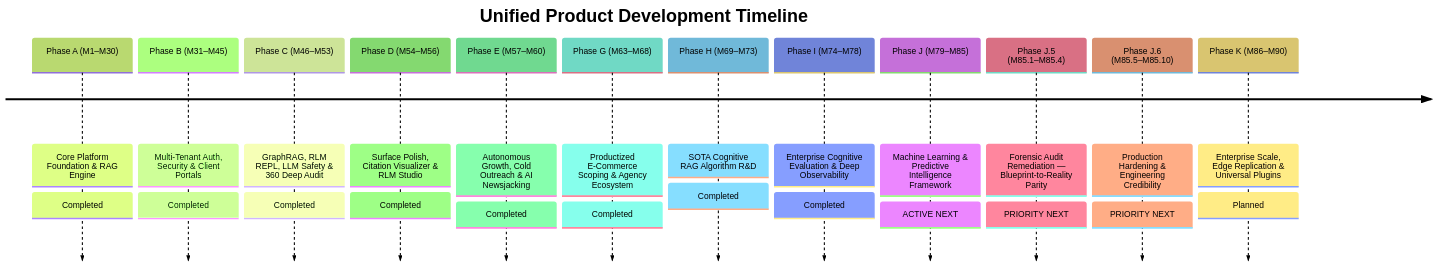
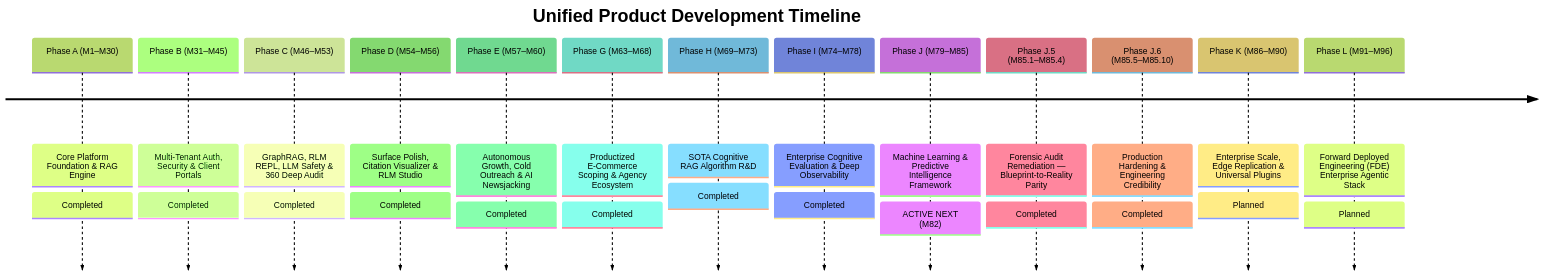
Before and after one commit to prat3010/Prateek_website: the diagram in docs/UNIFIED_MASTER_ROADMAP.md, drawn with Mermaid (forest theme). The commit also changed other lines of this file and 19 other files, not shown here.

Commit message:
feat(rag): eliminate mocks, sync consensus/rlm contracts & update architecture graph

````diff
--- a/docs/UNIFIED_MASTER_ROADMAP.md
+++ b/docs/UNIFIED_MASTER_ROADMAP.md
@@ -45,16 +45,17 @@
 ```mermaid
 timeline
     title Unified Product Development Timeline
     Phase A (M1–M30) : Core Platform Foundation & RAG Engine : Completed
     Phase B (M31–M45) : Multi-Tenant Auth, Security & Client Portals : Completed
     Phase C (M46–M53) : GraphRAG, RLM REPL, LLM Safety & 360 Deep Audit : Completed
     Phase D (M54–M56) : Surface Polish, Citation Visualizer & RLM Studio : Completed
     Phase E (M57–M60) : Autonomous Growth, Cold Outreach & AI Newsjacking : Completed
     Phase G (M63–M68) : Productized E-Commerce Scoping & Agency Ecosystem : Completed
     Phase H (M69–M73) : SOTA Cognitive RAG Algorithm R&D : Completed
     Phase I (M74–M78) : Enterprise Cognitive Evaluation & Deep Observability : Completed
-    Phase J (M79–M85) : Machine Learning & Predictive Intelligence Framework : ACTIVE NEXT
-    Phase J.5 (M85.1–M85.4) : Forensic Audit Remediation — Blueprint-to-Reality Parity : PRIORITY NEXT
-    Phase J.6 (M85.5–M85.10) : Production Hardening & Engineering Credibility : PRIORITY NEXT
+    Phase J (M79–M85) : Machine Learning & Predictive Intelligence Framework : ACTIVE NEXT (M82)
+    Phase J.5 (M85.1–M85.4) : Forensic Audit Remediation — Blueprint-to-Reality Parity : Completed
+    Phase J.6 (M85.5–M85.10) : Production Hardening & Engineering Credibility : Completed
     Phase K (M86–M90) : Enterprise Scale, Edge Replication & Universal Plugins : Planned
+    Phase L (M91–M96) : Forward Deployed Engineering (FDE) Enterprise Agentic Stack : Planned
 ```
````
